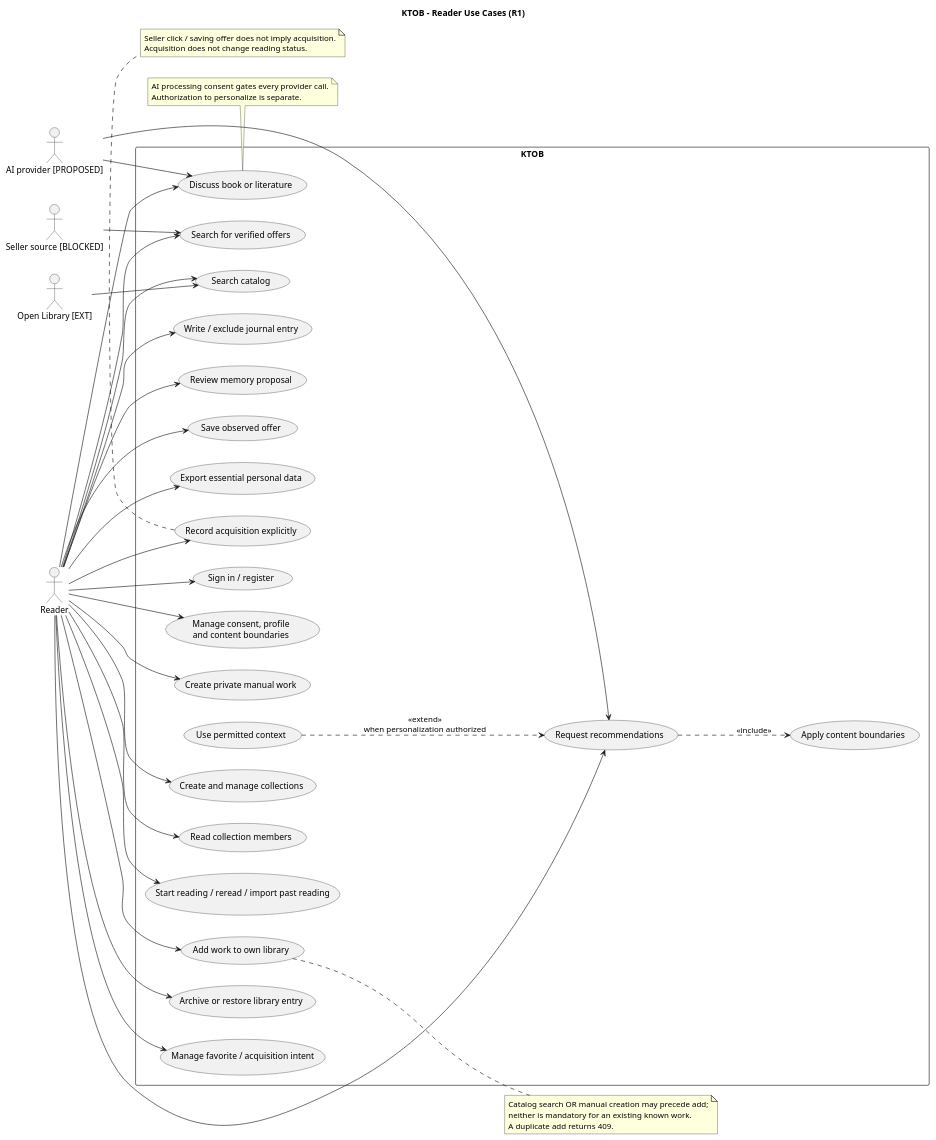
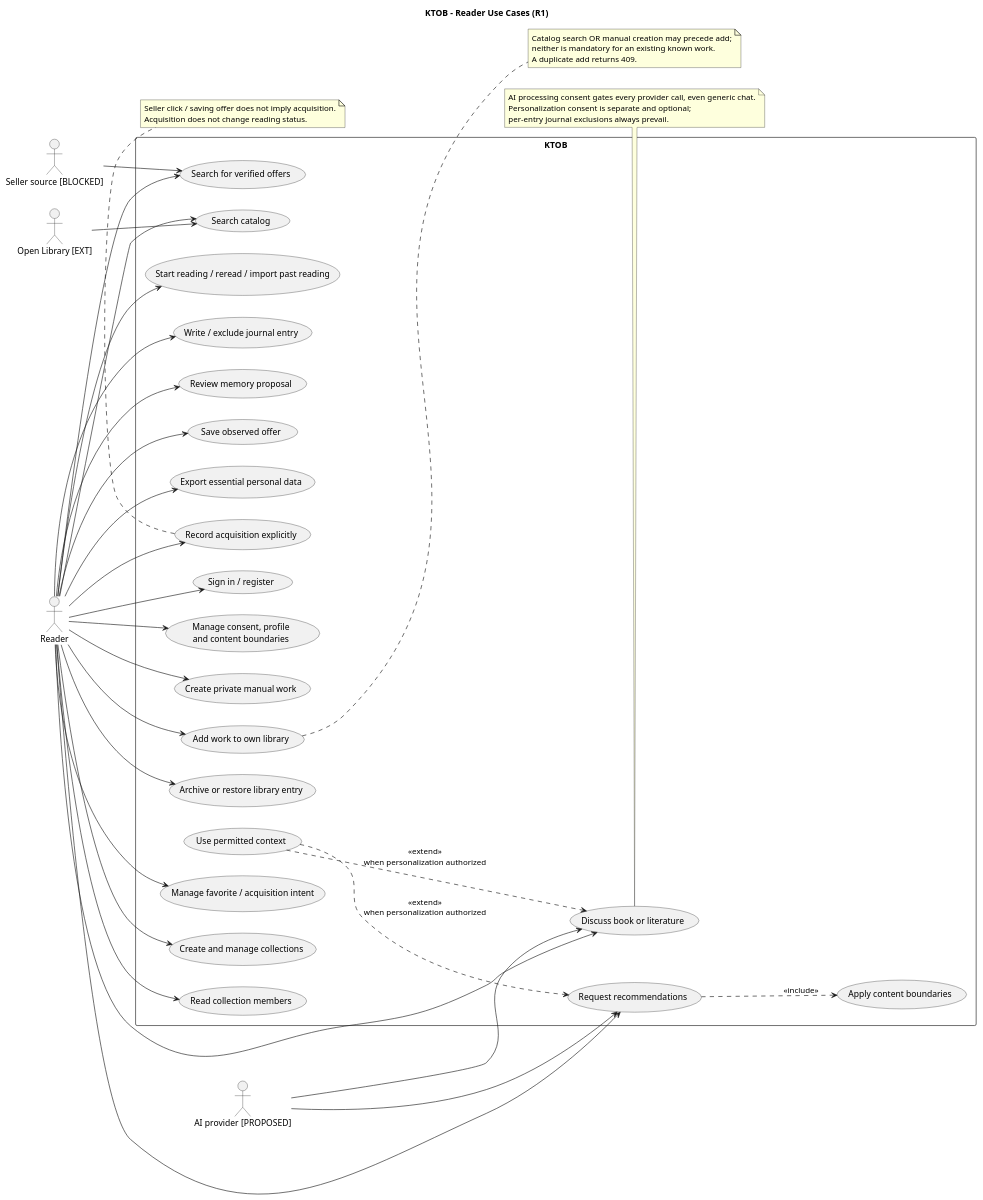
One commit to Adam-BArbia/ktob-literary-companion changed the diagram in docs/uml/01-use-cases.puml. Above: the diagram before and after it, drawn with PlantUML. The commit also changed 15 other files, not shown here.

Commit message:
docs(architecture): resolve final UML, monetary and archival consistency gaps

```diff
--- a/docs/uml/01-use-cases.puml
+++ b/docs/uml/01-use-cases.puml
@@ -1,68 +1,70 @@
 @startuml KTOB_01_use_cases
 title KTOB - Reader Use Cases (R1)
 left to right direction
 skinparam packageStyle rectangle
 actor Reader
 actor "Open Library [EXT]" as Catalog
 actor "AI provider [PROPOSED]" as AI
 actor "Seller source [BLOCKED]" as Seller
 rectangle "KTOB" {
  usecase "Sign in / register" as UAuth
  usecase "Manage consent, profile\nand content boundaries" as UPrivacy
  usecase "Search catalog" as USearch
  usecase "Create private manual work" as UManual
  usecase "Add work to own library" as UAdd
  usecase "Archive or restore library entry" as UArchive
  usecase "Manage favorite / acquisition intent" as UFavorite
  usecase "Create and manage collections" as UCollect
  usecase "Read collection members" as UMembers
  usecase "Start reading / reread / import past reading" as URead
  usecase "Write / exclude journal entry" as UJournal
  usecase "Discuss book or literature" as UChat
  usecase "Review memory proposal" as UMemory
  usecase "Request recommendations" as URecommend
  usecase "Use permitted context" as UContext
  usecase "Apply content boundaries" as UBoundary
  usecase "Search for verified offers" as UFind
  usecase "Save observed offer" as USave
  usecase "Record acquisition explicitly" as UAcquire
  usecase "Export essential personal data" as UExport
 }
 Reader --> UAuth
 Reader --> UPrivacy
 Reader --> USearch
 Reader --> UManual
 Reader --> UAdd
 Reader --> UArchive
 Reader --> UFavorite
 Reader --> UCollect
 Reader --> UMembers
 Reader --> URead
 Reader --> UJournal
 Reader --> UChat
 Reader --> UMemory
 Reader --> URecommend
 Reader --> UFind
 Reader --> USave
 Reader --> UAcquire
 Reader --> UExport
 UContext ..> URecommend : <<extend>>\nwhen personalization authorized
+UContext ..> UChat : <<extend>>\nwhen personalization authorized
 URecommend ..> UBoundary : <<include>>
 Catalog --> USearch
 AI --> UChat
 AI --> URecommend
 Seller --> UFind
 note right of UAdd
 Catalog search OR manual creation may precede add;
 neither is mandatory for an existing known work.
 A duplicate add returns 409.
 end note
 note bottom of UChat
-AI processing consent gates every provider call.
-Authorization to personalize is separate.
+AI processing consent gates every provider call, even generic chat.
+Personalization consent is separate and optional;
+per-entry journal exclusions always prevail.
 end note
 note bottom of UAcquire
 Seller click / saving offer does not imply acquisition.
 Acquisition does not change reading status.
 end note
 @enduml
```
